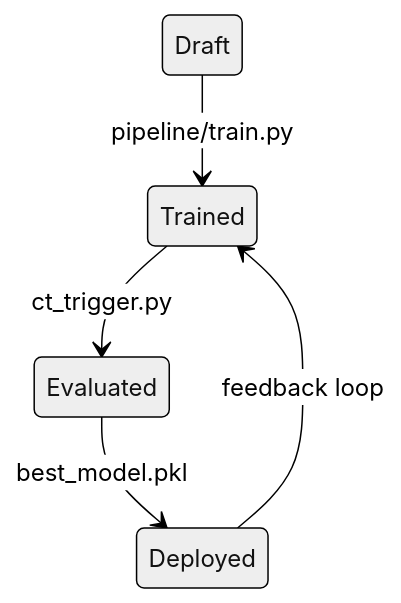
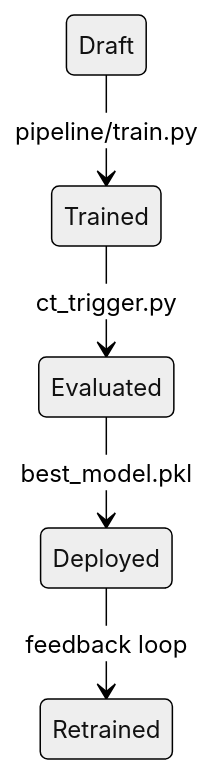
One commit to CERTprogramming/SpecLens-PML changed the first of 2 diagrams in SpecLens_Governance.md. Above: the diagram before and after it, drawn with Mermaid (neutral theme). The commit also changed other lines of this file and 6 other files, not shown here.

````diff
--- a/SpecLens_Governance.md
+++ b/SpecLens_Governance.md
@@ -39,7 +48,7 @@
 ```mermaid
 stateDiagram-v2
   Draft --> Trained : pipeline/train.py
   Trained --> Evaluated : ct_trigger.py
   Evaluated --> Deployed : best_model.pkl
-  Deployed --> Trained : feedback loop
+  Deployed --> Retrained : feedback loop
 ```
````
